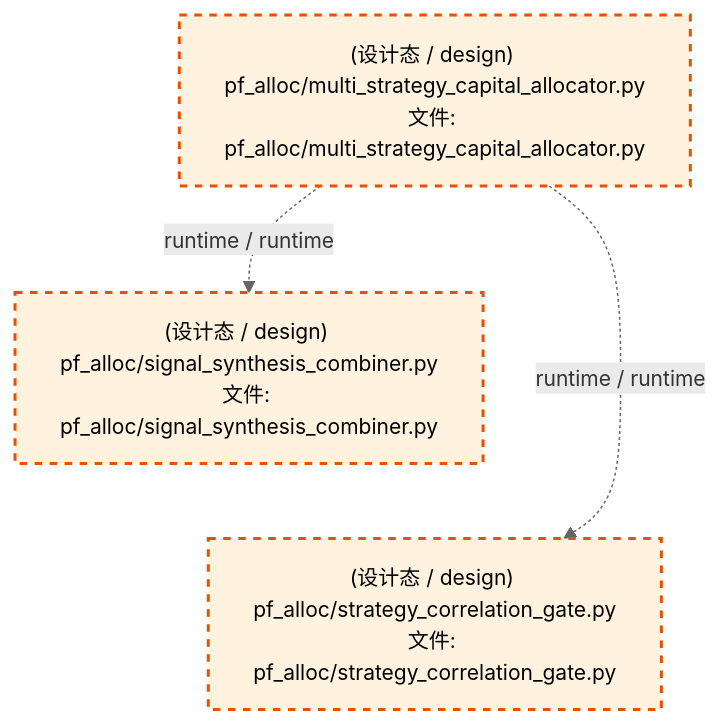
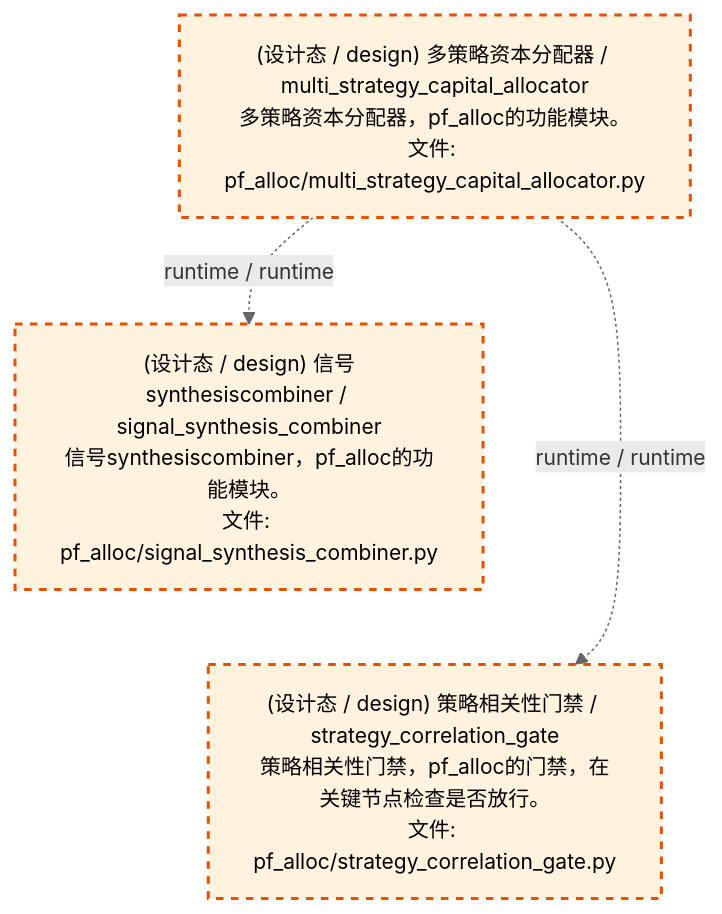
One commit to xuanFelixVan/ZephyrAlpha changed the third of 4 diagrams in docs/02_enterprise_architecture/02_domain_architecture_docs/62_d_pf_alloc.md. Above: the diagram before and after it, drawn with Mermaid. The commit also changed other lines of this file and 60 other files, not shown here.

````diff
--- a/docs/02_enterprise_architecture/02_domain_architecture_docs/62_d_pf_alloc.md
+++ b/docs/02_enterprise_architecture/02_domain_architecture_docs/62_d_pf_alloc.md
@@ -105,15 +105,15 @@
 ```mermaid
 %%{init: {'theme': 'base', 'themeVariables': {'primaryColor': '#eaeaea', 'primaryTextColor': '#333333', 'primaryBorderColor': '#666666', 'lineColor': '#666666', 'secondaryColor': '#eaeaea', 'tertiaryColor': '#eaeaea', 'fontSize': '14px'}}}%%
 flowchart TD
-    src_zephyr_pf_alloc_multi_strategy_capital_allocator_py["(设计态 / design) pf_alloc/multi_strategy_capital_allocator.py<br/>文件: pf_alloc/multi_strategy_capital_allocator.py"]
-    src_zephyr_pf_alloc_signal_synthesis_combiner_py["(设计态 / design) pf_alloc/signal_synthesis_combiner.py<br/>文件: pf_alloc/signal_synthesis_combiner.py"]
-    src_zephyr_pf_alloc_strategy_correlation_gate_py["(设计态 / design) pf_alloc/strategy_correlation_gate.py<br/>文件: pf_alloc/strategy_correlation_gate.py"]
+    src_zephyr_pf_alloc_multi_strategy_capital_allocator_py["(设计态 / design) 多策略资本分配器 / multi_strategy_capital_allocator<br/>多策略资本分配器，pf_alloc的功能模块。<br/>文件: pf_alloc/multi_strategy_capital_allocator.py"]
+    src_zephyr_pf_alloc_signal_synthesis_combiner_py["(设计态 / design) 信号synthesiscombiner / signal_synthesis_combiner<br/>信号synthesiscombiner，pf_alloc的功能模块。<br/>文件: pf_alloc/signal_synthesis_combiner.py"]
+    src_zephyr_pf_alloc_strategy_correlation_gate_py["(设计态 / design) 策略相关性门禁 / strategy_correlation_gate<br/>策略相关性门禁，pf_alloc的门禁，在关键节点检查是否放行。<br/>文件: pf_alloc/strategy_correlation_gate.py"]
     src_zephyr_pf_alloc_signal_synthesis_combiner_py ~~~ src_zephyr_pf_alloc_strategy_correlation_gate_py
     src_zephyr_pf_alloc_multi_strategy_capital_allocator_py -.->|runtime / runtime| src_zephyr_pf_alloc_signal_synthesis_combiner_py
     src_zephyr_pf_alloc_multi_strategy_capital_allocator_py -.->|runtime / runtime| src_zephyr_pf_alloc_strategy_correlation_gate_py
     classDef production fill:#e1f5fe,stroke:#01579b,stroke-width:2px,color:#000
     classDef design fill:#fff3e0,stroke:#e65100,stroke-width:2px,color:#000,stroke-dasharray: 5 5
     classDef external_prod fill:#e8f4fd,stroke:#0277bd,stroke-width:1px,color:#000
     classDef external_design fill:#fff8e7,stroke:#ef6c00,stroke-width:1px,color:#000,stroke-dasharray: 5 5
     class src_zephyr_pf_alloc_multi_strategy_capital_allocator_py,src_zephyr_pf_alloc_signal_synthesis_combiner_py,src_zephyr_pf_alloc_strategy_correlation_gate_py design
 ```
````
